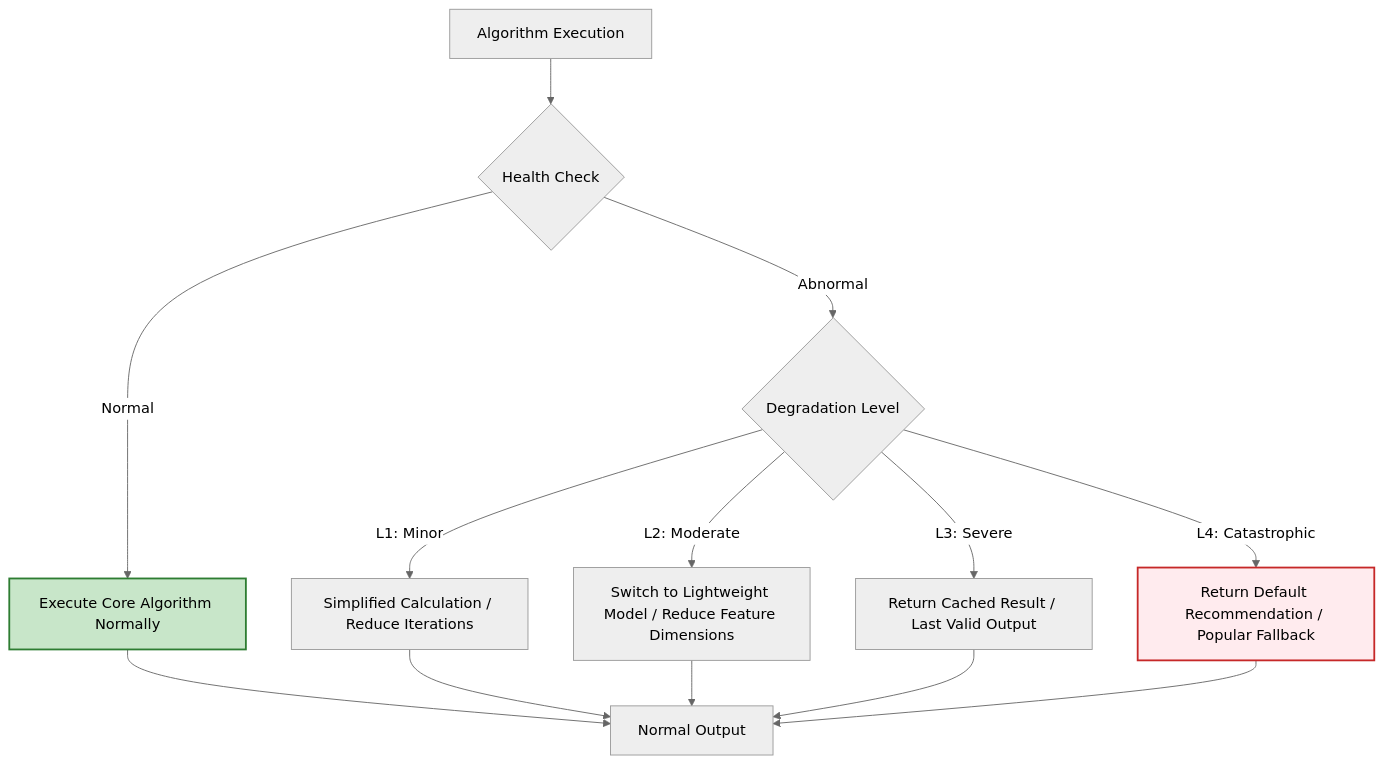
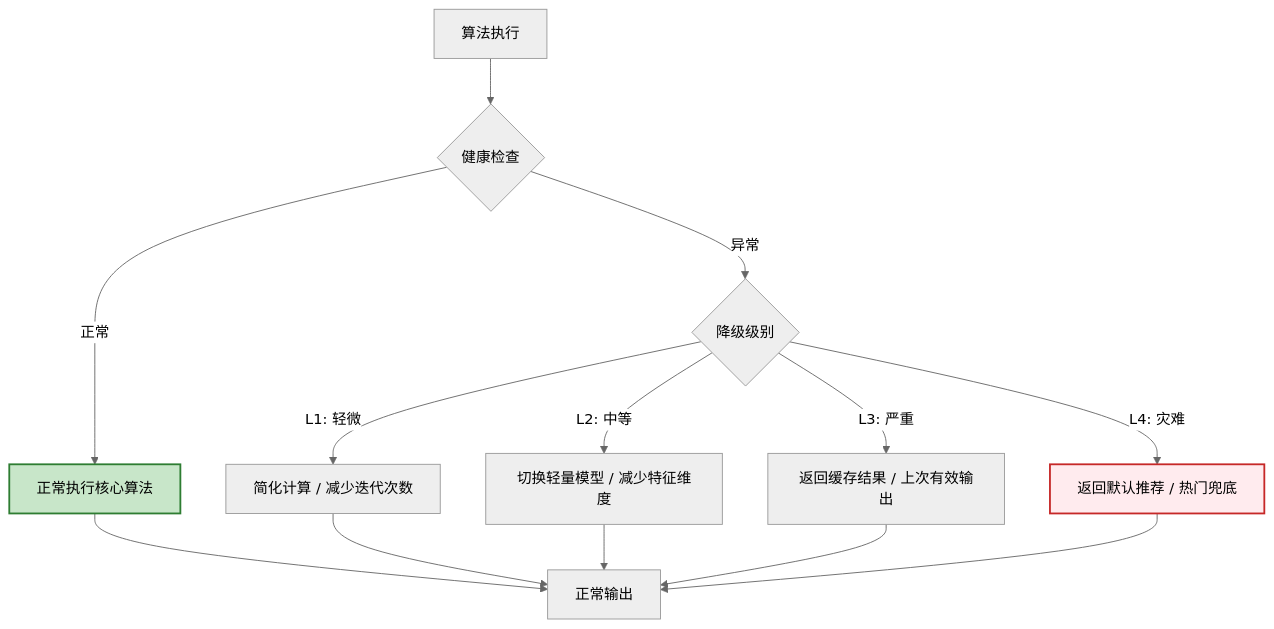
The eighth of 10 diagrams in templates/Product/Technology/Template-Algorithm.md (Kirky-X/cangjie), drawn with Mermaid (neutral theme) before and after one commit. The commit also changed other lines of this file and 33 other files, not shown here.

````diff
--- a/templates/Product/Technology/Template-Algorithm.md
+++ b/templates/Product/Technology/Template-Algorithm.md
@@ -816,21 +816,21 @@
 ```mermaid
 flowchart TD
-    Start[Algorithm Execution] --> Check{Health Check}
+    Start[算法执行] --> Check{健康检查}
 
-    Check -->|Normal| Normal[Execute Core Algorithm Normally]
-    Check -->|Abnormal| Degrade{Degradation Level}
+    Check -->|正常| Normal[正常执行核心算法]
+    Check -->|异常| Degrade{降级级别}
 
-    Degrade -->|L1: Minor| L1[Simplified Calculation / Reduce Iterations]
-    Degrade -->|L2: Moderate| L2[Switch to Lightweight Model / Reduce Feature Dimensions]
-    Degrade -->|L3: Severe| L3[Return Cached Result / Last Valid Output]
-    Degrade -->|L4: Catastrophic| L4[Return Default Recommendation / Popular Fallback]
+    Degrade -->|L1: 轻微| L1[简化计算 / 减少迭代次数]
+    Degrade -->|L2: 中等| L2[切换轻量模型 / 减少特征维度]
+    Degrade -->|L3: 严重| L3[返回缓存结果 / 上次有效输出]
+    Degrade -->|L4: 灾难| L4[返回默认推荐 / 热门兜底]
 
-    Normal --> Output[Normal Output]
+    Normal --> Output[正常输出]
     L1 --> Output
     L2 --> Output
     L3 --> Output
     L4 --> Output
 
     style L4 fill:#ffebee,stroke:#c62828,stroke-width:2px
     style Normal fill:#c8e6c9,stroke:#2e7d32,stroke-width:2px
 ```
````
